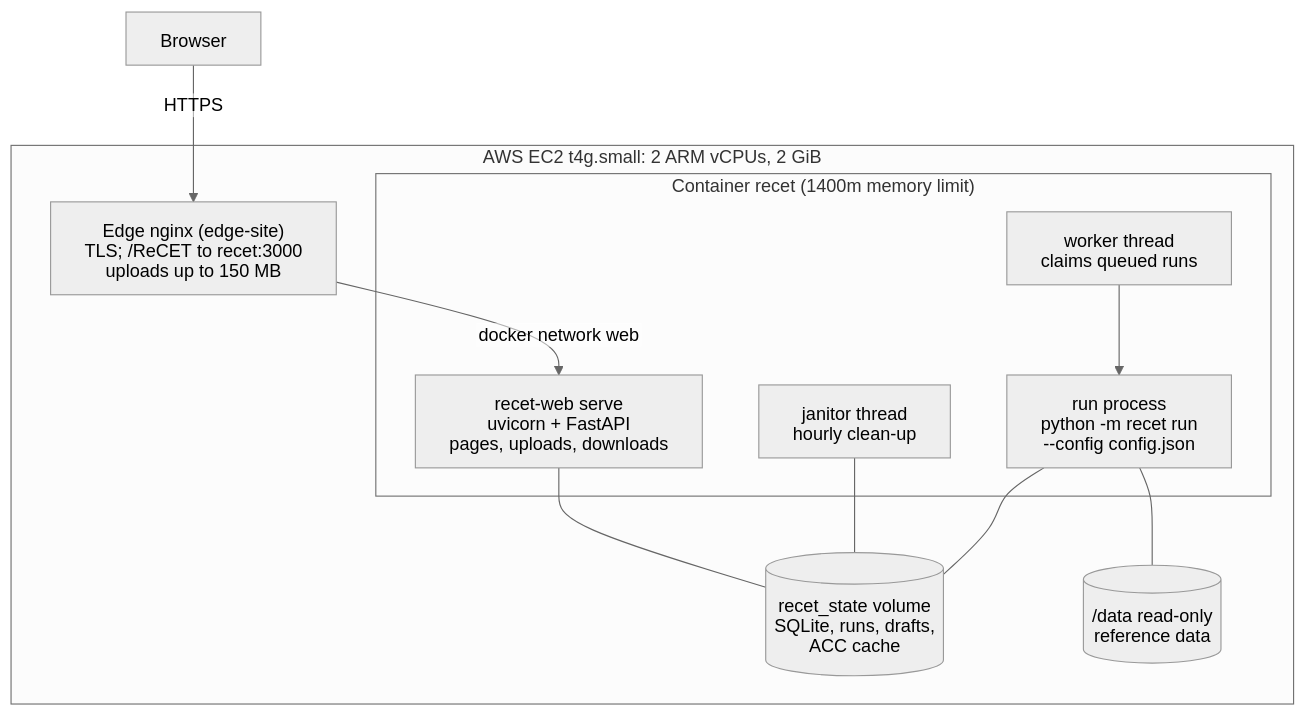
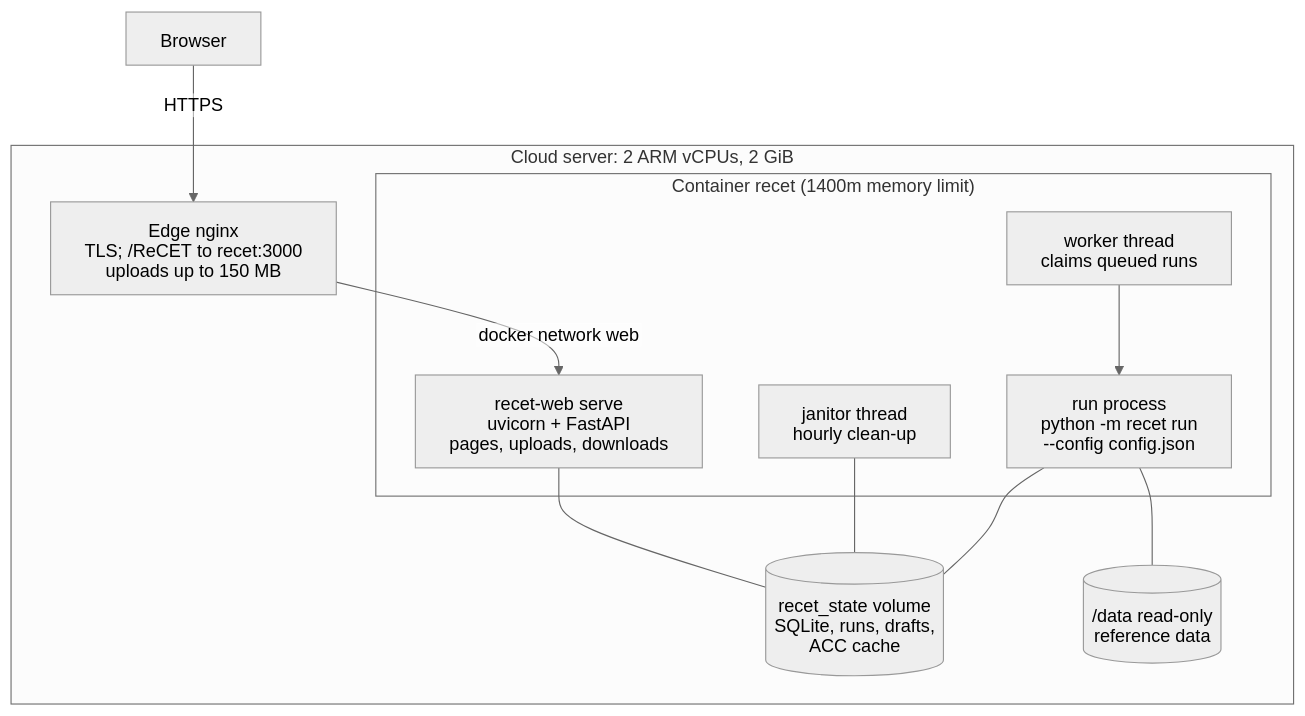
The sixth of 7 diagrams in recet/docs/ARCHITECTURE.md (JRichardson-PGE/ReCET), drawn with Mermaid (neutral theme) before and after one commit. The commit also changed other lines of this file and 10 other files, not shown here.

````diff
--- a/recet/docs/ARCHITECTURE.md
+++ b/recet/docs/ARCHITECTURE.md
@@ -370,29 +370,29 @@
 ```mermaid
 ---
 config:
   htmlLabels: false
   flowchart:
     htmlLabels: false
     wrappingWidth: 400
 ---
 flowchart TB
     accTitle: The web server
-    accDescr: The browser reaches the edge nginx over HTTPS, which forwards to the recet container on an EC2 t4g.small. In the container the web server, a worker thread and a janitor thread share the state volume; the worker starts a run process, which also reads the read-only reference data.
-    b["Browser"] -->|HTTPS| nginx["Edge nginx (edge-site)<br/>TLS; /ReCET to recet:3000<br/>uploads up to 150 MB"]
-    subgraph HOST["AWS EC2 t4g.small: 2 ARM vCPUs, 2 GiB"]
+    accDescr: The browser reaches the edge nginx over HTTPS, which forwards to the recet container on a small cloud server. In the container the web server, a worker thread and a janitor thread share the state volume; the worker starts a run process, which also reads the read-only reference data.
+    b["Browser"] -->|HTTPS| nginx["Edge nginx<br/>TLS; /ReCET to recet:3000<br/>uploads up to 150 MB"]
+    subgraph HOST["Cloud server: 2 ARM vCPUs, 2 GiB"]
         nginx -->|"docker network web"| srv
         subgraph C["Container recet (1400m memory limit)"]
             srv["recet-web serve<br/>uvicorn + FastAPI<br/>pages, uploads, downloads"]
             wk["worker thread<br/>claims queued runs"]
             jan["janitor thread<br/>hourly clean-up"]
             child["run process<br/>python -m recet run<br/>--config config.json"]
             wk --> child
         end
         state[("recet_state volume<br/>SQLite, runs, drafts,<br/>ACC cache")]
         ref[("/data read-only<br/>reference data")]
     end
     srv --- state
     jan --- state
     child --- state
     child --- ref
 ```
````
